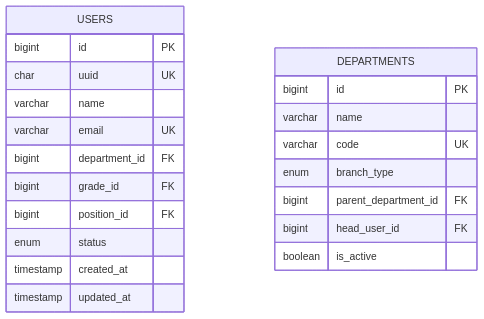
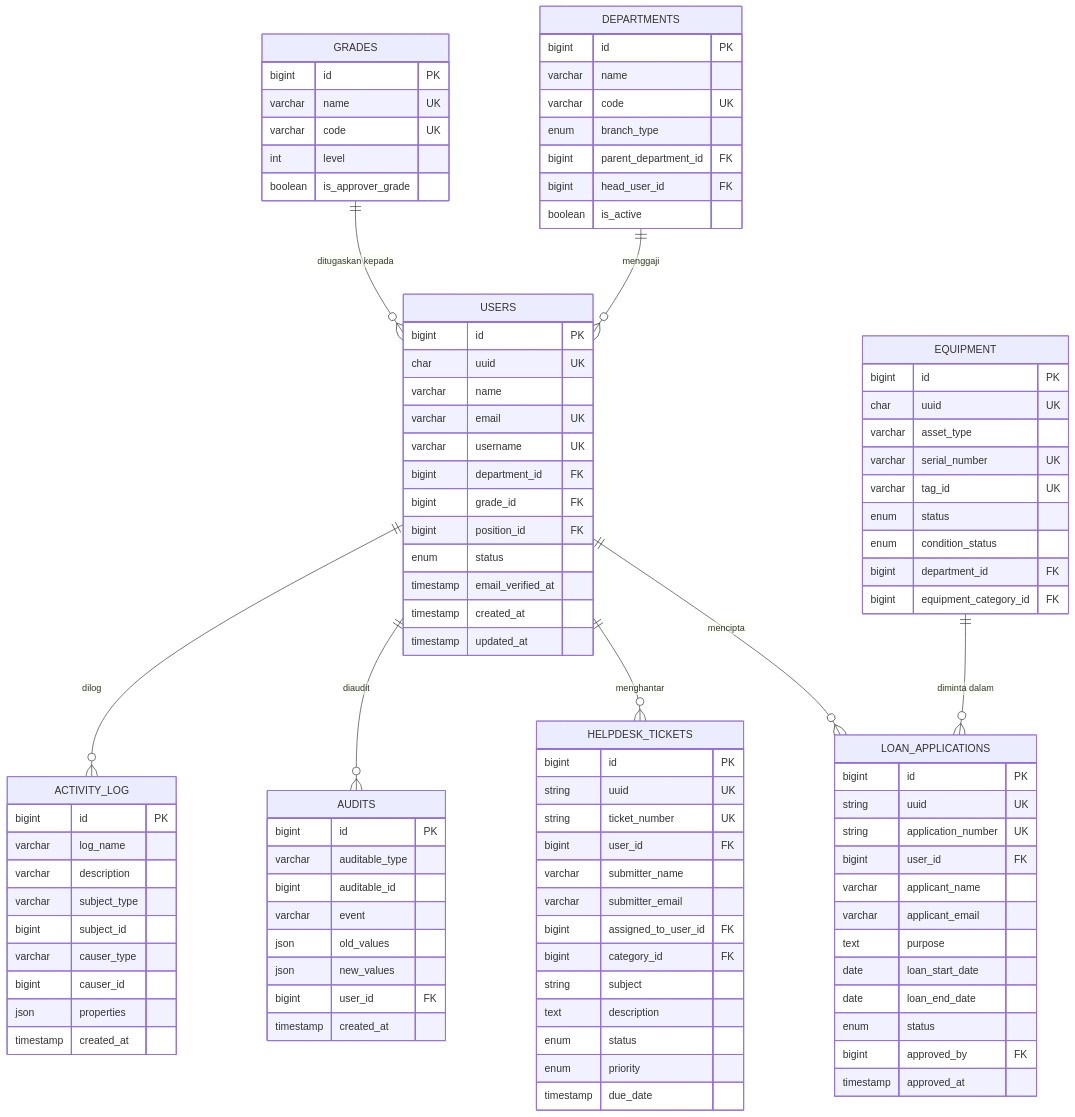
The fifth of 5 diagrams in docs/ICTServe_System_Documentation.md (IzzatFirdaus/ictserve-031125), drawn with Mermaid before and after one commit. The commit also changed other lines of this file and 3 other files, not shown here.

````diff
--- a/docs/ICTServe_System_Documentation.md
+++ b/docs/ICTServe_System_Documentation.md
@@ -563,10 +606,12 @@
         char uuid UK
         varchar name
         varchar email UK
+        varchar username UK
         bigint department_id FK
         bigint grade_id FK
         bigint position_id FK
         enum status
+        timestamp email_verified_at
         timestamp created_at
         timestamp updated_at
     }
@@ -580,4 +625,86 @@
         bigint head_user_id FK
         boolean is_active
     }
+
+    GRADES {
+        bigint id PK
+        varchar name UK
+        varchar code UK
+        int level
+        boolean is_approver_grade
+    }
+
+    EQUIPMENT {
+        bigint id PK
+        char uuid UK
+        varchar asset_type
+        varchar serial_number UK
+        varchar tag_id UK
+        enum status
+        enum condition_status
+        bigint department_id FK
+        bigint equipment_category_id FK
+    }
+
+    LOAN_APPLICATIONS {
+        bigint id PK
+        string uuid UK
+        string application_number UK
+        bigint user_id FK
+        varchar applicant_name
+        varchar applicant_email
+        text purpose
+        date loan_start_date
+        date loan_end_date
+        enum status
+        bigint approved_by FK
+        timestamp approved_at
+    }
+
+    HELPDESK_TICKETS {
+        bigint id PK
+        string uuid UK
+        string ticket_number UK
+        bigint user_id FK
+        varchar submitter_name
+        varchar submitter_email
+        bigint assigned_to_user_id FK
+        bigint category_id FK
+        string subject
+        text description
+        enum status
+        enum priority
+        timestamp due_date
+    }
+
+    AUDITS {
+        bigint id PK
+        varchar auditable_type
+        bigint auditable_id
+        varchar event
+        json old_values
+        json new_values
+        bigint user_id FK
+        timestamp created_at
+    }
+
+    ACTIVITY_LOG {
+        bigint id PK
+        varchar log_name
+        varchar description
+        varchar subject_type
+        bigint subject_id
+        varchar causer_type
+        bigint causer_id
+        json properties
+        timestamp created_at
+    }
+
+    USERS ||--o{ LOAN_APPLICATIONS : "mencipta"
+    USERS ||--o{ HELPDESK_TICKETS : "menghantar"
+    DEPARTMENTS ||--o{ USERS : "menggaji"
+    GRADES ||--o{ USERS : "ditugaskan kepada"
+    EQUIPMENT ||--o{ LOAN_APPLICATIONS : "diminta dalam"
+    USERS ||--o{ AUDITS : "diaudit"
+    USERS ||--o{ ACTIVITY_LOG : "dilog"
 ```
````
